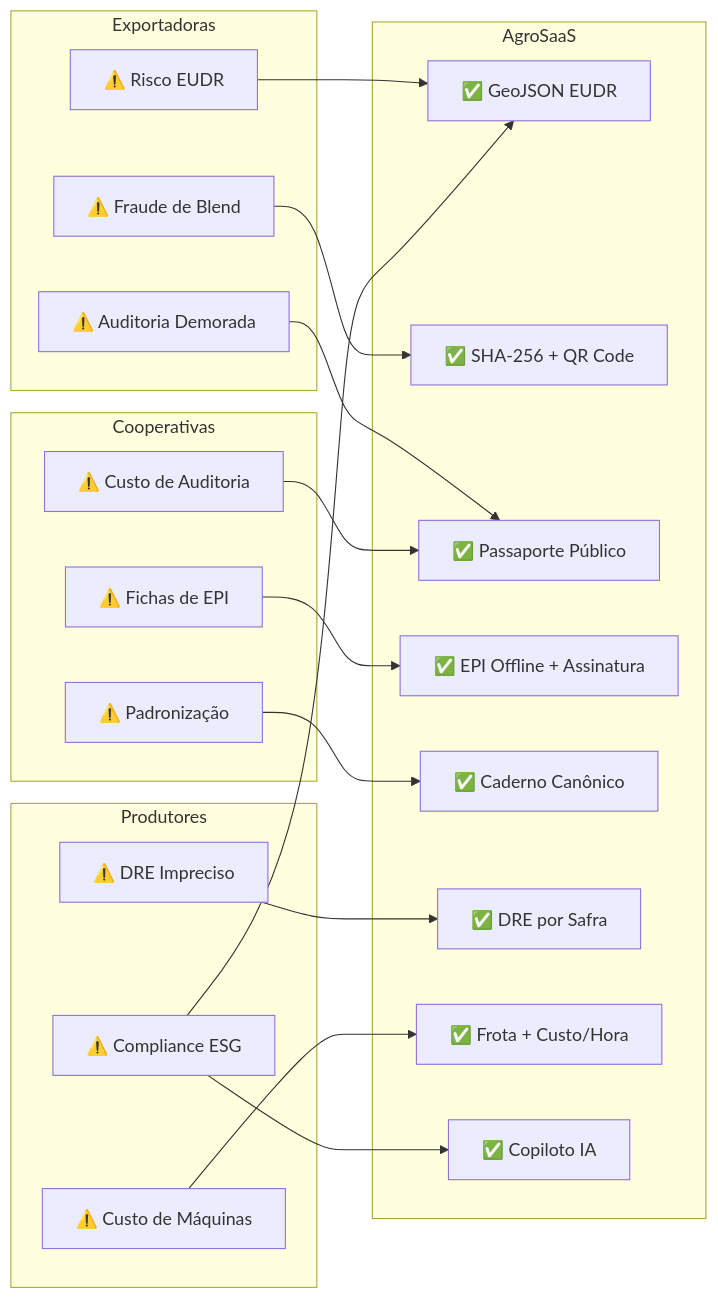
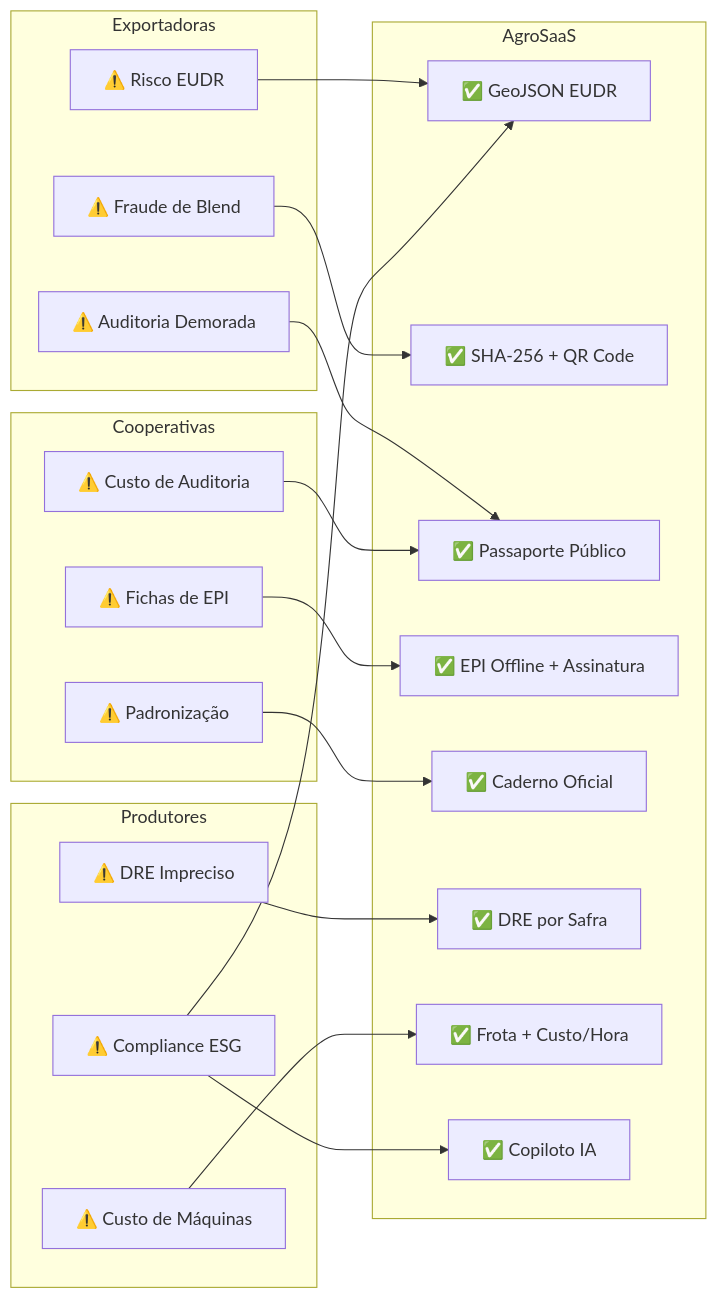
One commit to maborges/farm changed the diagram in docs/architecture/go-to-market-01-strategy.md. Above: the diagram before and after it, drawn with Mermaid. The commit also changed other lines of this file and 241 other files, not shown here.

````diff
--- a/docs/architecture/go-to-market-01-strategy.md
+++ b/docs/architecture/go-to-market-01-strategy.md
@@ -130,40 +130,40 @@
 ```mermaid
 graph LR
     subgraph Exportadoras
         E1["⚠️ Risco EUDR"]
         E2["⚠️ Fraude de Blend"]
         E3["⚠️ Auditoria Demorada"]
     end
     subgraph Cooperativas
         C1["⚠️ Fichas de EPI"]
         C2["⚠️ Padronização"]
         C3["⚠️ Custo de Auditoria"]
     end
     subgraph Produtores
         P1["⚠️ DRE Impreciso"]
         P2["⚠️ Custo de Máquinas"]
         P3["⚠️ Compliance ESG"]
     end
 
     subgraph AgroSaaS
         S1["✅ GeoJSON EUDR"]
         S2["✅ SHA-256 + QR Code"]
         S3["✅ Passaporte Público"]
         S4["✅ EPI Offline + Assinatura"]
-        S5["✅ Caderno Canônico"]
+        S5["✅ Caderno Oficial"]
         S6["✅ DRE por Safra"]
         S7["✅ Frota + Custo/Hora"]
         S8["✅ Copiloto IA"]
     end
 
     E1 --> S1
     E2 --> S2
     E3 --> S3
     C1 --> S4
     C2 --> S5
     C3 --> S3
     P1 --> S6
     P2 --> S7
     P3 --> S1
     P3 --> S8
 ```
````
